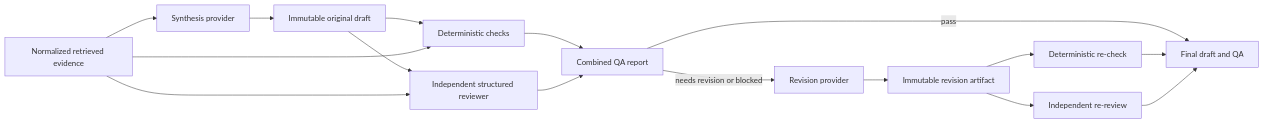
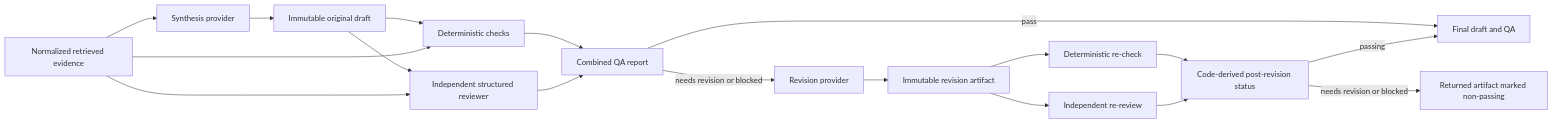
One commit to andrexstone-afk/evidenceforge changed the diagram in docs/qa-design.md. Above: the diagram before and after it, drawn with Mermaid. The commit also changed 8 other files, not shown here.

````diff
--- a/docs/qa-design.md
+++ b/docs/qa-design.md
@@ -10,18 +10,20 @@
 ```mermaid
 flowchart LR
     E[Normalized retrieved evidence] --> S[Synthesis provider]
     S --> D[Immutable original draft]
     D --> DR[Deterministic checks]
     D --> QR[Independent structured reviewer]
     E --> DR
     E --> QR
     DR --> Q[Combined QA report]
     QR --> Q
     Q -->|pass| F[Final draft and QA]
     Q -->|needs revision or blocked| R[Revision provider]
     R --> A[Immutable revision artifact]
     A --> DR2[Deterministic re-check]
     A --> QR2[Independent re-review]
-    DR2 --> F
-    QR2 --> F
+    DR2 --> G2[Code-derived post-revision status]
+    QR2 --> G2
+    G2 -->|passing| F[Final draft and QA]
+    G2 -->|needs revision or blocked| B[Returned artifact marked non-passing]
 ```
````
